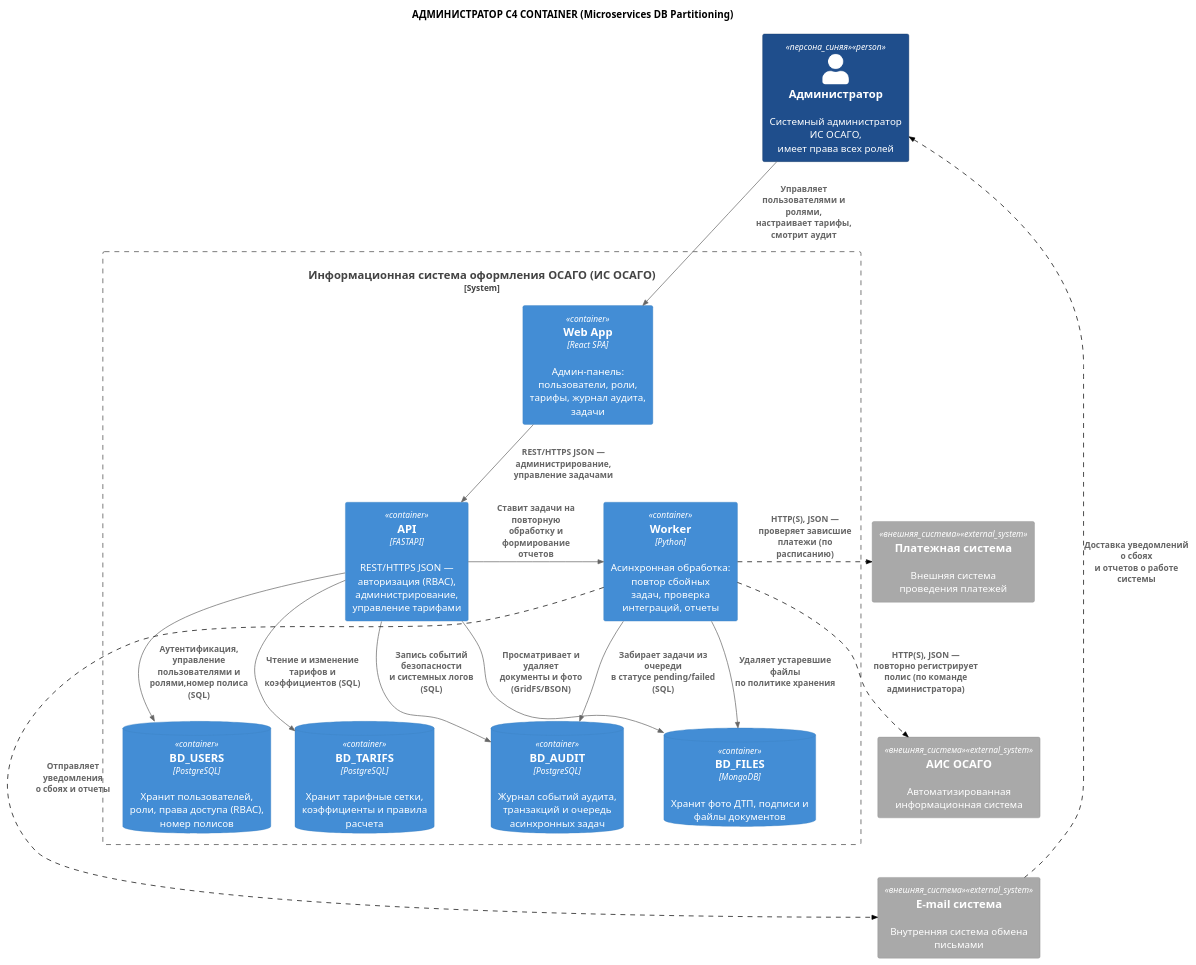
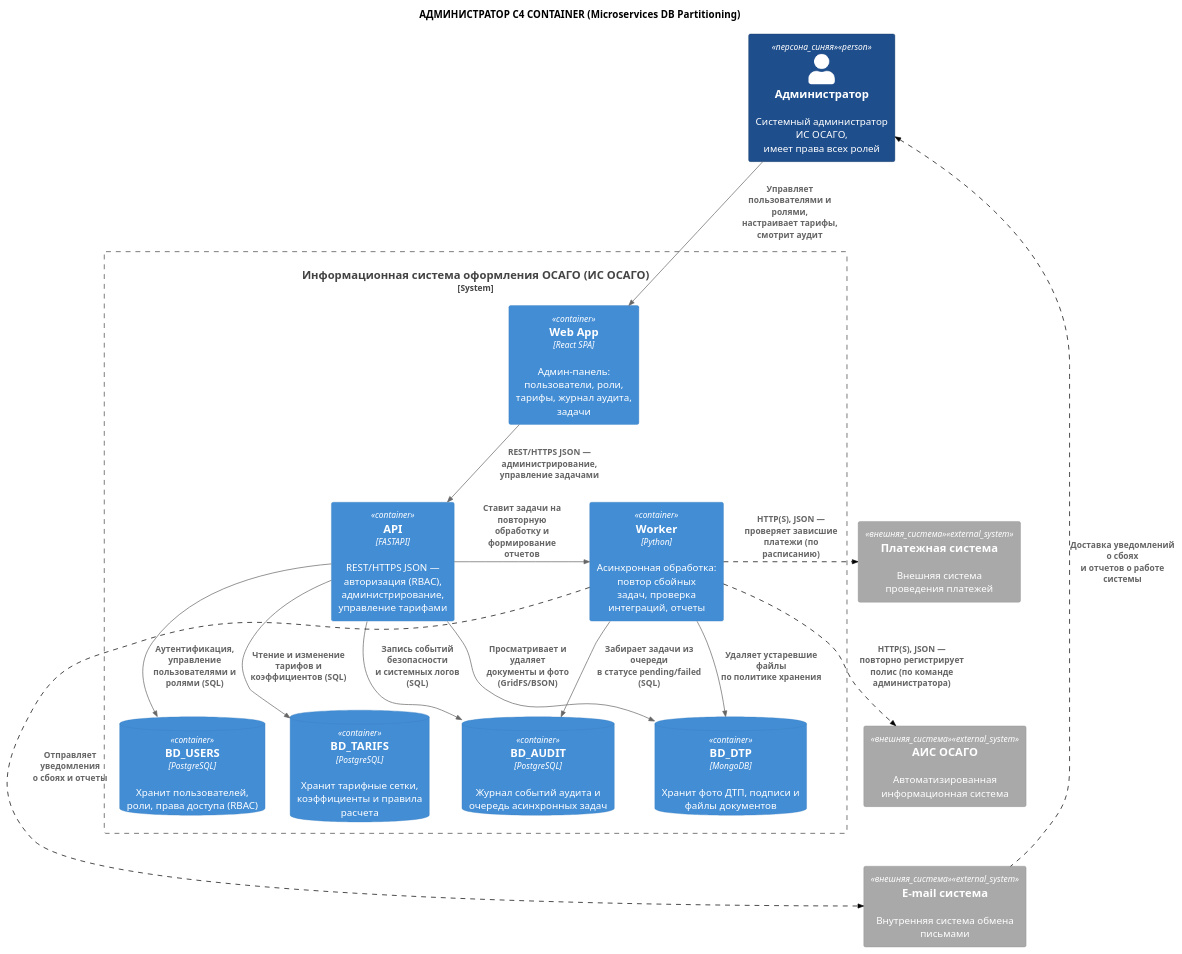
One commit to ElectricLight-ELO/Insurance-system changed the diagram in docs_and_diagrams/Amelia/container.puml. Above: the diagram before and after it, drawn with PlantUML. The commit also changed 11 other files, not shown here.

```diff
--- a/docs_and_diagrams/Amelia/container.puml
+++ b/docs_and_diagrams/Amelia/container.puml
@@ -1,67 +1,67 @@
 @startuml
 !include https://raw.githubusercontent.com/plantuml-stdlib/C4-PlantUML/master/C4_Container.puml
 
 title АДМИНИСТРАТОР C4 CONTAINER (Microservices DB Partitioning)
 
 ' === НАСТРОЙКА ЦВЕТОВ ===
 AddSystemTag("внешняя_система", $bgColor="#A9A9A9", $borderColor="#8A8A8A", $fontColor="#FFFFFF")
 AddPersonTag("сотрудник", $bgColor="#438DD5", $borderColor="#316CA5", $fontColor="#FFFFFF")
 AddRelTag("пунктир", $lineStyle = DashedLine(), $lineColor = "#000000")
 AddPersonTag("персона_синяя", $bgColor="#1F4E8C", $borderColor="#143560", $fontColor="#FFFFFF")
 
 ' === ЭЛЕМЕНТЫ ===
 
 Person(admin, "Администратор", "Системный администратор ИС ОСАГО,\nимеет права всех ролей", $tags="персона_синяя")
 
 System_Boundary(osago_service, "Информационная система оформления ОСАГО (ИС ОСАГО)") {
 
     Container(web_app, "Web App", "React SPA", "Админ-панель: пользователи, роли,\nтарифы, журнал аудита, задачи")
 
     Container(api, "API", "FASTAPI", "REST/HTTPS JSON — авторизация (RBAC),\nадминистрирование, управление тарифами")
 
     ' === РАЗДЕЛЕННЫЕ БАЗЫ ДАННЫХ ===
-    ContainerDb(db_users, "BD_USERS", "PostgreSQL", "Хранит пользователей, роли, права доступа (RBAC), номер полисов")
+    ContainerDb(db_users, "BD_USERS", "PostgreSQL", "Хранит пользователей, роли, права доступа (RBAC)")
     ContainerDb(db_tarifs, "BD_TARIFS", "PostgreSQL", "Хранит тарифные сетки, коэффициенты и правила расчета")
-    ContainerDb(db_audit, "BD_AUDIT", "PostgreSQL", "Журнал событий аудита, транзакций и очередь асинхронных задач")
-    ContainerDb(object_storage, "BD_FILES", "MongoDB", "Хранит фото ДТП, подписи и файлы документов")
+    ContainerDb(db_audit, "BD_AUDIT", "PostgreSQL", "Журнал событий аудита и очередь асинхронных задач")
+    ContainerDb(object_storage, "BD_DTP", "MongoDB", "Хранит фото ДТП, подписи и файлы документов")
 
     Container(worker, "Worker", "Python", "Асинхронная обработка: повтор сбойных\nзадач, проверка интеграций, отчеты")
 }
 
 ' Внешние системы (серые, внизу)
 System_Ext(payment_sys, "Платежная система", "Внешняя система проведения платежей", $tags="внешняя_система")
 System_Ext(email_sys, "E-mail система", "Внутренняя система обмена письмами", $tags="внешняя_система")
 System_Ext(ais_osago, "АИС ОСАГО", "Автоматизированная информационная система", $tags="внешняя_система")
 
 ' === СВЯЗИ ===
 
 ' Пользователь -> Frontend -> Backend
 Rel_D(admin, web_app, "Управляет пользователями и ролями,\nнастраивает тарифы, смотрит аудит")
 Rel_D(web_app, api, "REST/HTTPS JSON — администрирование,\nуправление задачами")
 
 ' API -> Разделенные базы данных
-Rel(api, db_users, "Аутентификация, управление\nпользователями и ролями,номер полиса (SQL)")
+Rel(api, db_users, "Аутентификация, управление\nпользователями и ролями (SQL)")
 Rel(api, db_tarifs, "Чтение и изменение\nтарифов и коэффициентов (SQL)")
 Rel(api, db_audit, "Запись событий безопасности\nи системных логов (SQL)")
 Rel_D(api, object_storage, "Просматривает и удаляет\nдокументы и фото (GridFS/BSON)")
 
 ' API -> Worker
 Rel_R(api, worker, "Ставит задачи на повторную\nобработку и формирование отчетов")
 
 ' Worker -> Базы данных
 Rel(worker, db_audit, "Забирает задачи из очереди\nв статусе pending/failed (SQL)")
 Rel(worker, object_storage, "Удаляет устаревшие файлы\nпо политике хранения")
 
 ' Worker -> внешние системы
 Rel_R(worker, payment_sys, "HTTP(S), JSON — проверяет зависшие\nплатежи (по расписанию)", $tags="пунктир")
 Rel_R(worker, ais_osago, "HTTP(S), JSON — повторно регистрирует\nполис (по команде администратора)", $tags="пунктир")
 Rel_R(worker, email_sys, "Отправляет уведомления\nо сбоях и отчеты", $tags="пунктир")
 
 ' E-mail система -> Администратор
 Rel_U(email_sys, admin, "Доставка уведомлений о сбоях\nи отчетов о работе системы", $tags="пунктир")
 
 ' === УПРАВЛЕНИЕ LAYOUT ===
 Lay_D(payment_sys, ais_osago)
 Lay_D(ais_osago, email_sys)
 
 @enduml
```
